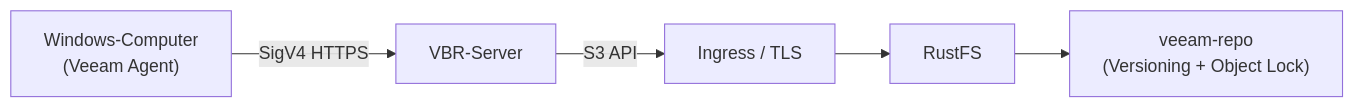
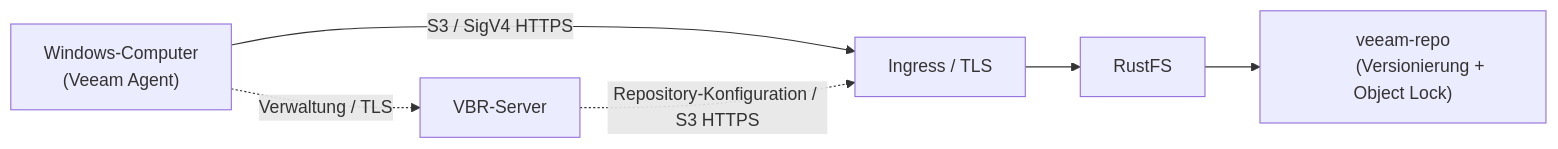
The diagram in content/de/developer/integration/backup/veeam.md (rustfs/docs.rustfs.com), drawn with Mermaid before and after one commit. The commit also changed other lines of this file and 44 other files, not shown here.

````diff
--- a/content/de/developer/integration/backup/veeam.md
+++ b/content/de/developer/integration/backup/veeam.md
@@ -18,9 +22,10 @@
 ```mermaid
 flowchart LR
 	Computer["Windows-Computer
-	(Veeam Agent)"] -->|SigV4 HTTPS| VBR["VBR-Server"]
-	VBR -->|S3 API| Traefik["Ingress / TLS"]
+	(Veeam Agent)"] -.->|Verwaltung / TLS| VBR["VBR-Server"]
+	Computer -->|S3 / SigV4 HTTPS| Traefik["Ingress / TLS"]
+	VBR -.->|Repository-Konfiguration / S3 HTTPS| Traefik
 	Traefik --> RustFS["RustFS"]
 	RustFS --> Bucket["veeam-repo
-	(Versioning + Object Lock)"]
+	(Versionierung + Object Lock)"]
 ```
````
